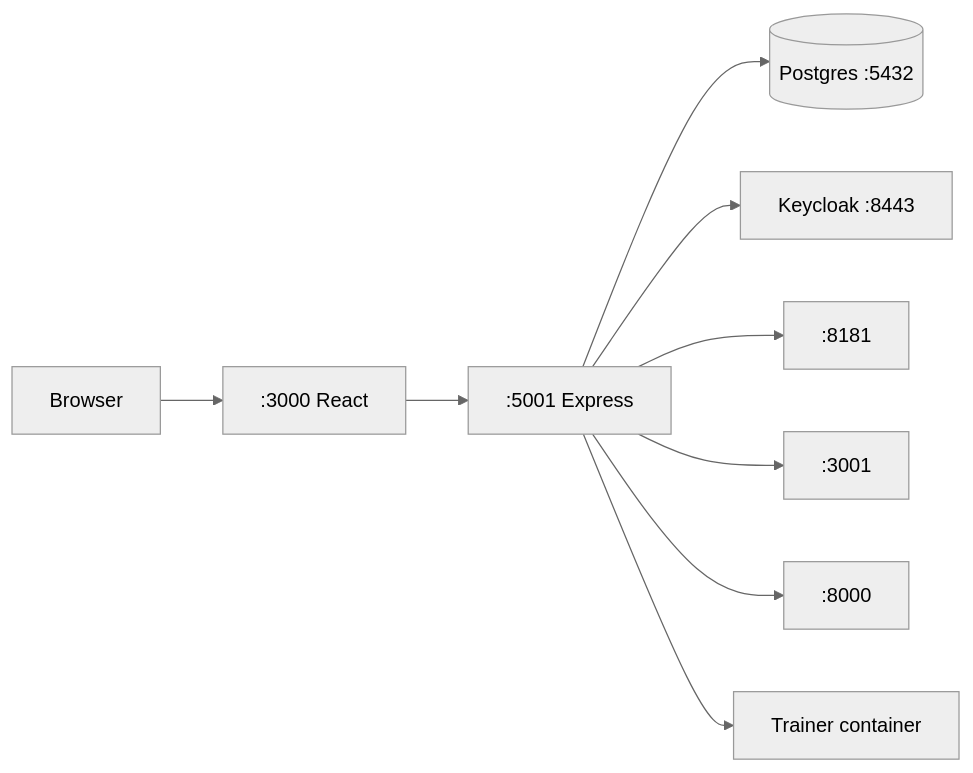
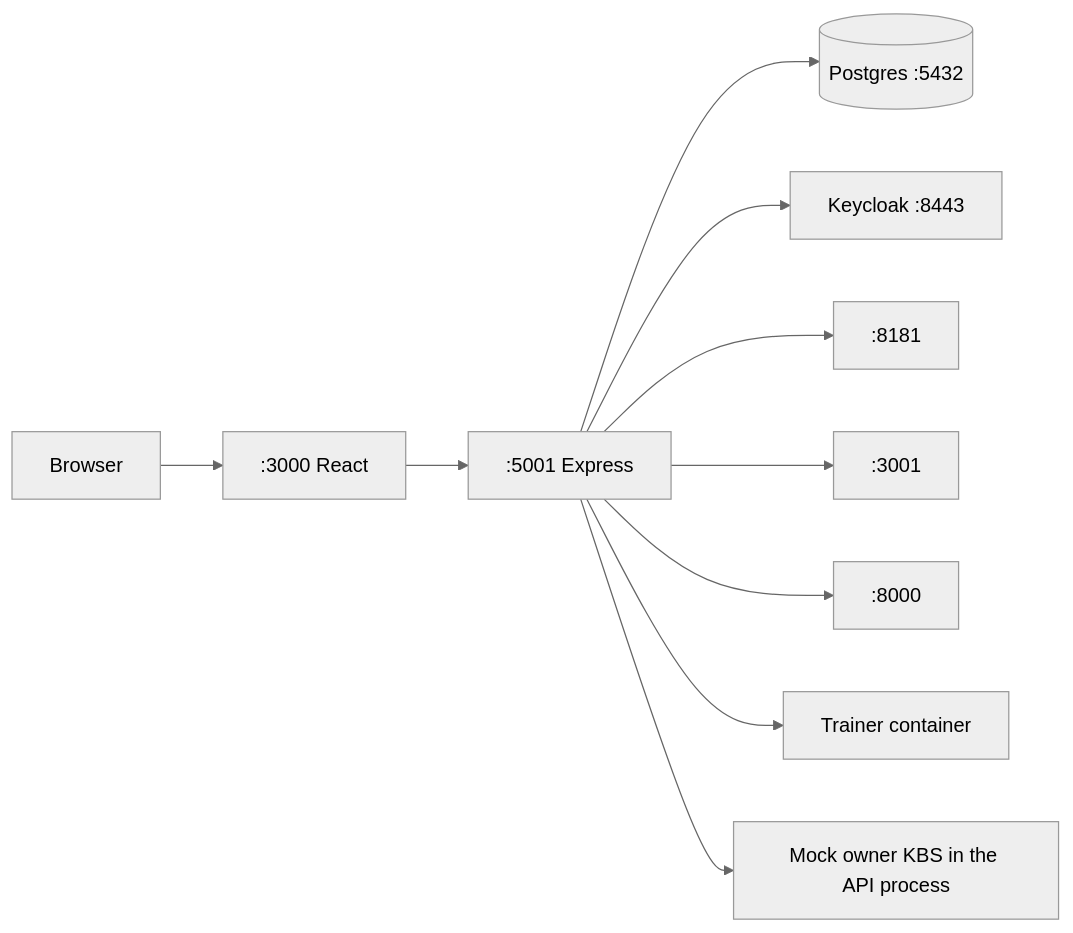
Before and after one commit to gitmujoshi/Confidential-AI-Network: the ninth of 10 diagrams in docs/architecture/UML_4PLUS1_ARCHITECTURE.md, drawn with Mermaid (neutral theme). The commit also changed other lines of this file and 25 other files, not shown here.

````diff
--- a/docs/architecture/UML_4PLUS1_ARCHITECTURE.md
+++ b/docs/architecture/UML_4PLUS1_ARCHITECTURE.md
@@ -351,11 +482,12 @@
 ```mermaid
 flowchart LR
     Browser --> FE[:3000 React]
     FE --> BE[:5001 Express]
     BE --> PG[(Postgres :5432)]
     BE --> KC[Keycloak :8443]
     BE --> OPA[:8181]
     BE --> CP[:3001]
     BE --> SCITT[:8000]
     BE --> Docker[Trainer container]
+    BE --> MockKbs[Mock owner KBS in the API process]
 ```
````
